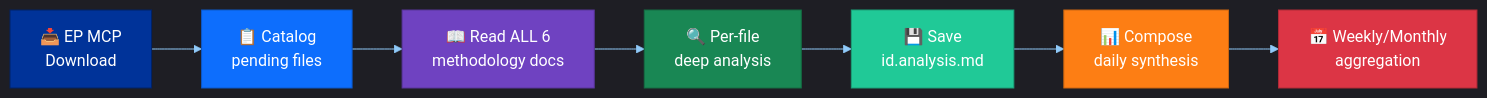
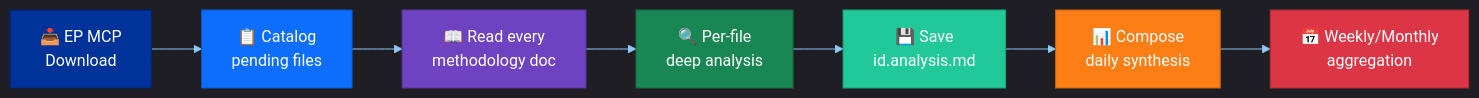
Before and after one commit to Hack23/euparliamentmonitor: the sixth of 7 diagrams in analysis/README.md, drawn with Mermaid. The commit also changed other lines of this file and 6 other files, not shown here.

````diff
--- a/analysis/README.md
+++ b/analysis/README.md
@@ -600,18 +603,18 @@
 ```mermaid
 %%{init: {"theme":"dark","themeVariables":{"primaryColor":"#1565C0","primaryTextColor":"#ffffff","primaryBorderColor":"#0A3F7F","lineColor":"#90CAF9","secondaryColor":"#2E7D32","secondaryTextColor":"#ffffff","secondaryBorderColor":"#0F3F00","tertiaryColor":"#FF9800","tertiaryTextColor":"#000000","tertiaryBorderColor":"#7F4F00","mainBkg":"#1565C0","secondBkg":"#2E7D32","tertiaryBkg":"#FF9800","noteBkgColor":"#FFC107","noteTextColor":"#000000","noteBorderColor":"#7F6000","errorBkgColor":"#D32F2F","errorTextColor":"#ffffff","fontFamily":"Inter, Helvetica, Arial, sans-serif","pie1":"#1565C0","pie2":"#2E7D32","pie3":"#FF9800","pie4":"#D32F2F","pie5":"#FFC107","pie6":"#7B1FA2","pie7":"#9E9E9E","pie8":"#0288D1","pie9":"#388E3C","pie10":"#F57C00","pie11":"#C62828","pie12":"#FBC02D","pieTitleTextSize":"18px","pieSectionTextSize":"14px","pieLegendTextSize":"13px","pieStrokeColor":"#1e1e1e","pieOuterStrokeColor":"#1e1e1e","git0":"#1565C0","git1":"#2E7D32","git2":"#FF9800","git3":"#D32F2F","gitBranchLabel0":"#ffffff","gitBranchLabel1":"#ffffff","gitBranchLabel2":"#000000","gitBranchLabel3":"#ffffff","cScale0":"#1565C0","cScale1":"#2E7D32","cScale2":"#FF9800","cScale3":"#D32F2F","cScale4":"#FFC107","cScale5":"#7B1FA2","cScale6":"#9E9E9E","cScale7":"#0288D1","xyChart":{"backgroundColor":"#1e1e1e","plotColorPalette":"#1565C0,#2E7D32,#FF9800,#D32F2F,#FFC107,#7B1FA2,#9E9E9E"}}}}%%
 flowchart LR
     A["📥 EP MCP\nDownload"] --> B["📋 Catalog\npending files"]
-    B --> C["📖 Read ALL 6\nmethodology docs"]
+    B --> C["📖 Read every\nmethodology doc"]
     C --> D["🔍 Per-file\ndeep analysis"]
     D --> E["💾 Save\nid.analysis.md"]
     E --> F["📊 Compose\ndaily synthesis"]
     F --> G["📅 Weekly/Monthly\naggregation"]
 
     style A fill:#003399,stroke:#002266,color:#fff
     style B fill:#0d6efd,stroke:#0a58ca,color:#fff
     style C fill:#6f42c1,stroke:#59359a,color:#fff
     style D fill:#198754,stroke:#146c43,color:#fff
     style E fill:#20c997,stroke:#1aa179,color:#fff
     style F fill:#fd7e14,stroke:#ca6510,color:#fff
     style G fill:#dc3545,stroke:#b02a37,color:#fff
 ```
````
